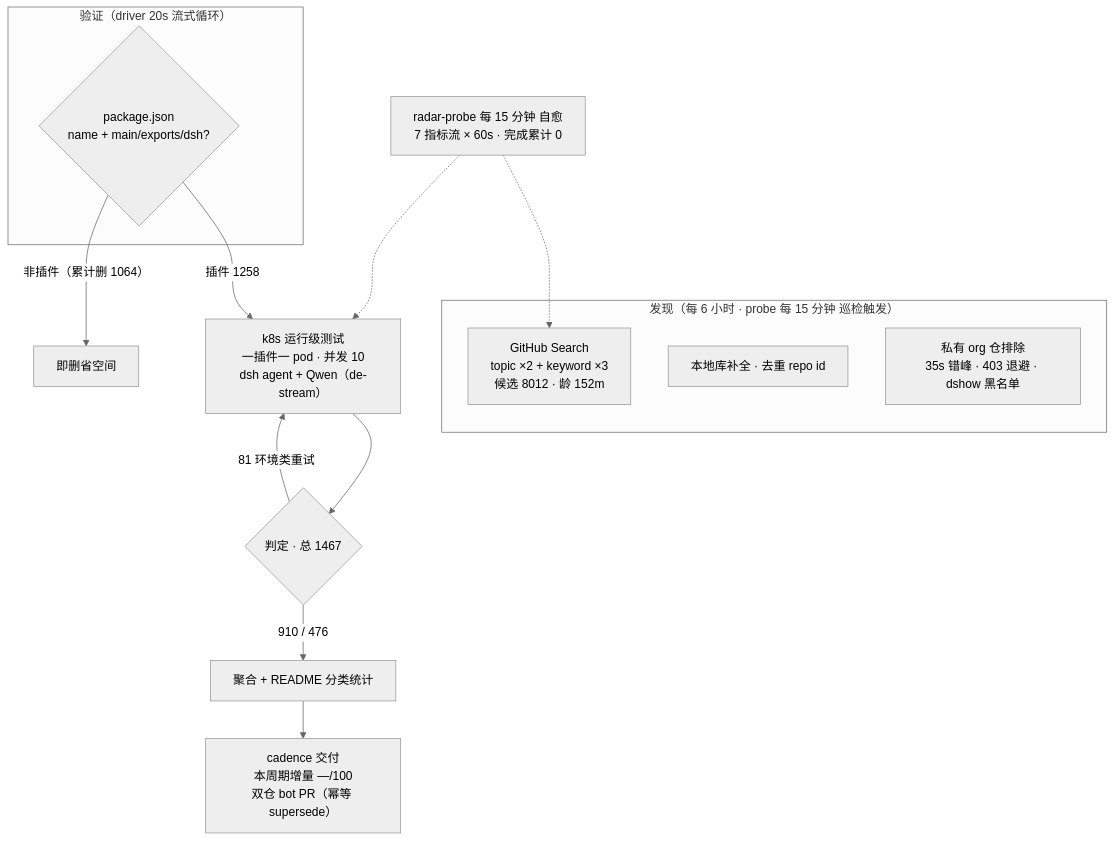
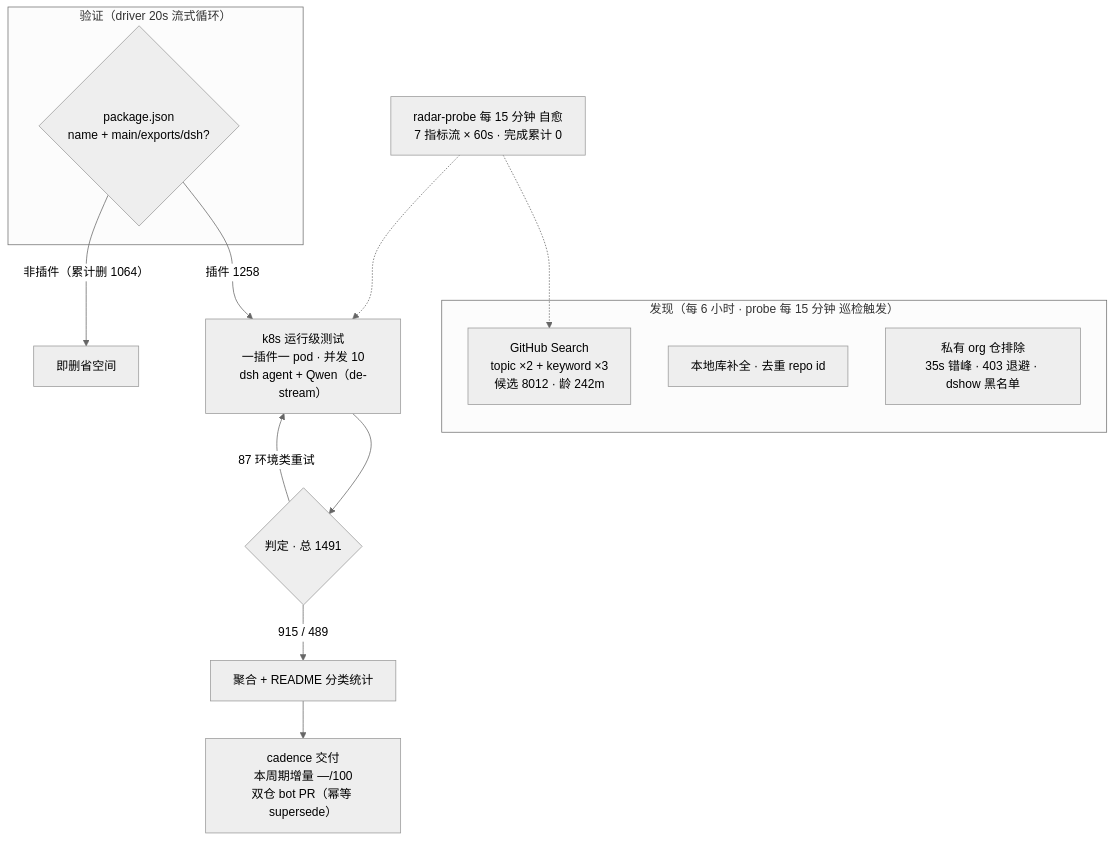
One commit to Zhidao-Lab-OSS/awesome-dsh-plugins changed the diagram in README.md. Above: the diagram before and after it, drawn with Mermaid (neutral theme). The commit also changed other lines of this file and 1 other file, not shown here.

````diff
--- a/README.md
+++ b/README.md
@@ -30,19 +30,19 @@
 ```mermaid
 flowchart TB
     subgraph Discovery[" 发现（每 6 小时 · probe 每 15 分钟 巡检触发）"]
-        A1["GitHub Search<br/>topic ×2 + keyword ×3<br/>候选 8012 · 龄 152m"]
+        A1["GitHub Search<br/>topic ×2 + keyword ×3<br/>候选 8012 · 龄 242m"]
         A2["本地库补全 · 去重 repo id"]
         A3[" 私有 org 仓排除<br/>35s 错峰 · 403 退避 · dshow 黑名单"]
     end
     subgraph Validation[" 验证（driver 20s 流式循环）"]
         B1{"package.json<br/>name + main/exports/dsh?"}
     end
     B1 -->|"插件 1258"| C1["k8s 运行级测试<br/>一插件一 pod · 并发 10<br/>dsh agent + Qwen（de-stream）"]
     B1 -->|"非插件（累计删 1064）"| B3[" 即删省空间"]
-    C1 --> D1{"判定 · 总 1467"}
-    D1 -->|" 910 /  476"| E1["聚合 + README 分类统计"]
-    D1 -->|" 81 环境类重试"| C1
+    C1 --> D1{"判定 · 总 1491"}
+    D1 -->|" 915 /  489"| E1["聚合 + README 分类统计"]
+    D1 -->|" 87 环境类重试"| C1
     E1 --> E2["cadence 交付<br/>本周期增量 —/100<br/>双仓 bot PR（幂等 supersede）"]
     M[" radar-probe 每 15 分钟 自愈<br/>7 指标流 × 60s · 完成累计 0"] -.-> A1
     M -.-> C1
 ```
````
